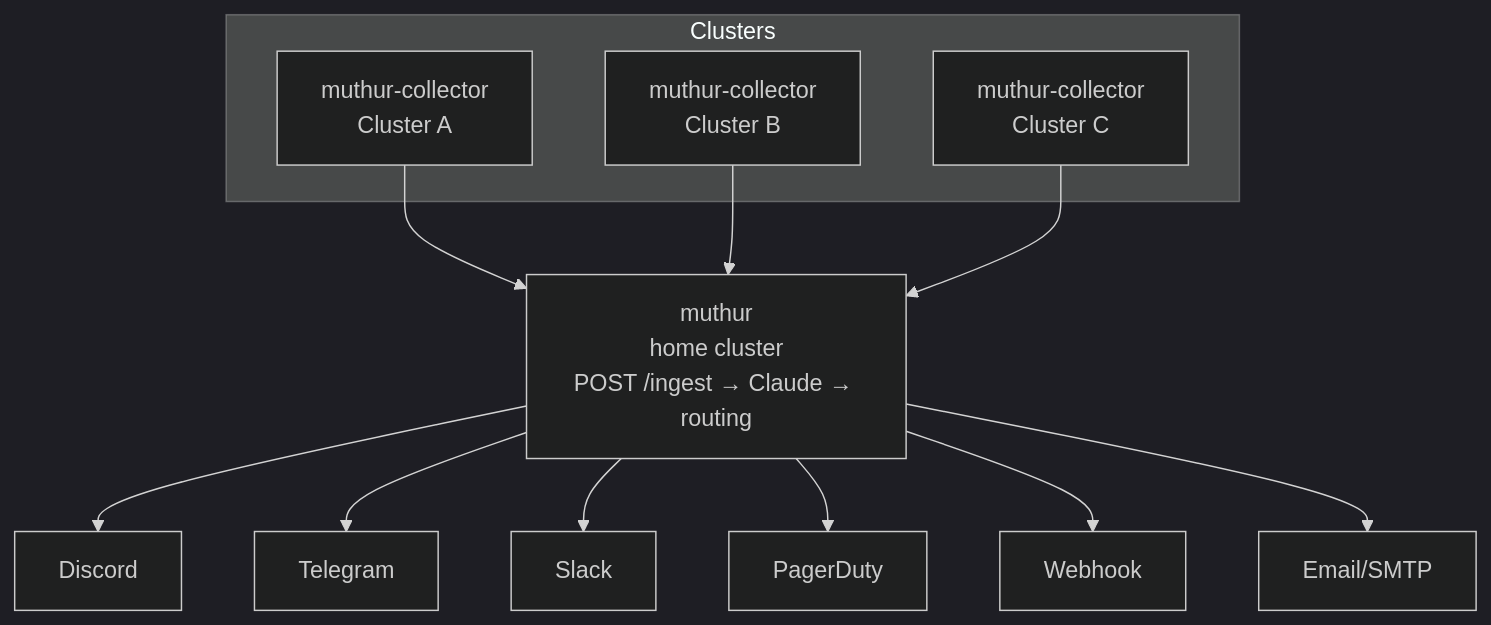
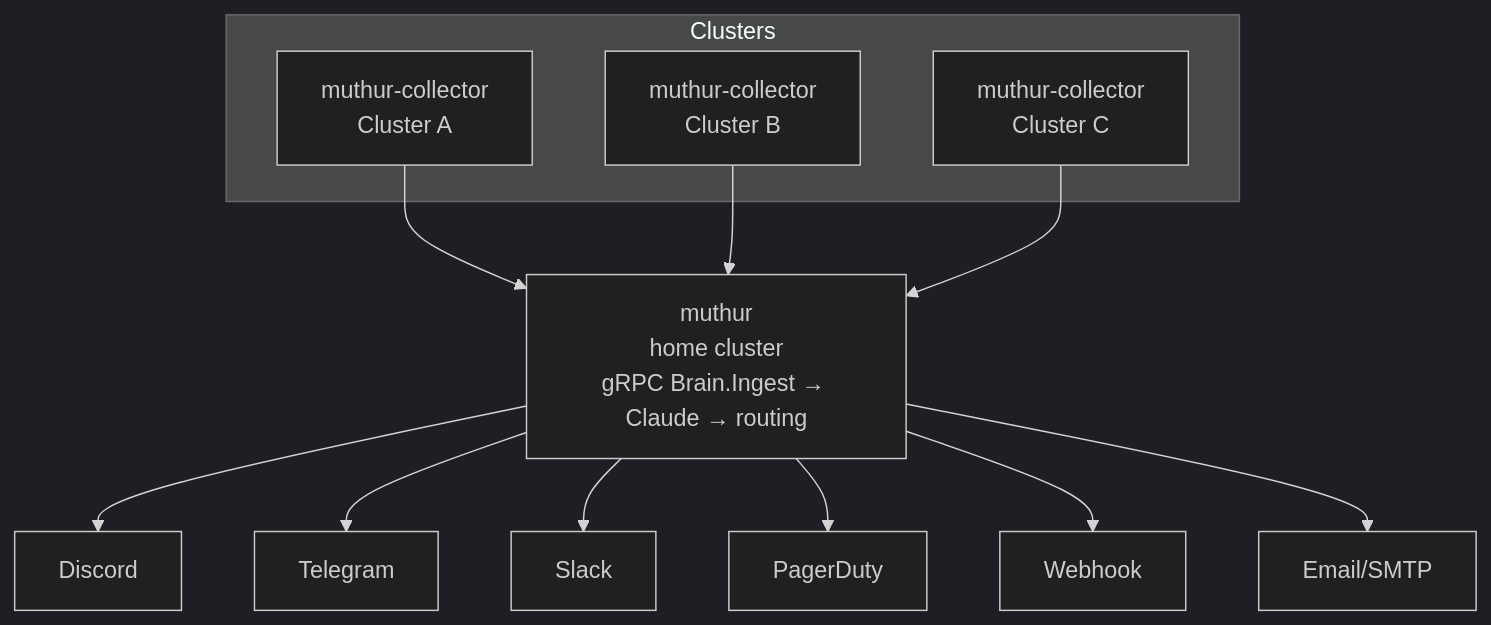
The diagram in README.md (VojtechPastyrik/muthur), drawn with Mermaid (dark theme) before and after one commit. The commit also changed other lines of this file, not shown here.

First line of the commit message:
docs(readme): describe gRPC Brain service surface

````diff
--- a/README.md
+++ b/README.md
@@ -18,21 +18,21 @@
 ```mermaid
 flowchart TD
     subgraph Clusters
         A[muthur-collector<br/>Cluster A]
         B[muthur-collector<br/>Cluster B]
         C[muthur-collector<br/>Cluster C]
     end
 
-    M[muthur<br/>home cluster<br/>POST /ingest → Claude → routing]
+    M[muthur<br/>home cluster<br/>gRPC Brain.Ingest → Claude → routing]
 
     A --> M
     B --> M
     C --> M
 
     M --> D[Discord]
     M --> T[Telegram]
     M --> S[Slack]
     M --> P[PagerDuty]
     M --> W[Webhook]
     M --> E[Email/SMTP]
 ```
````
